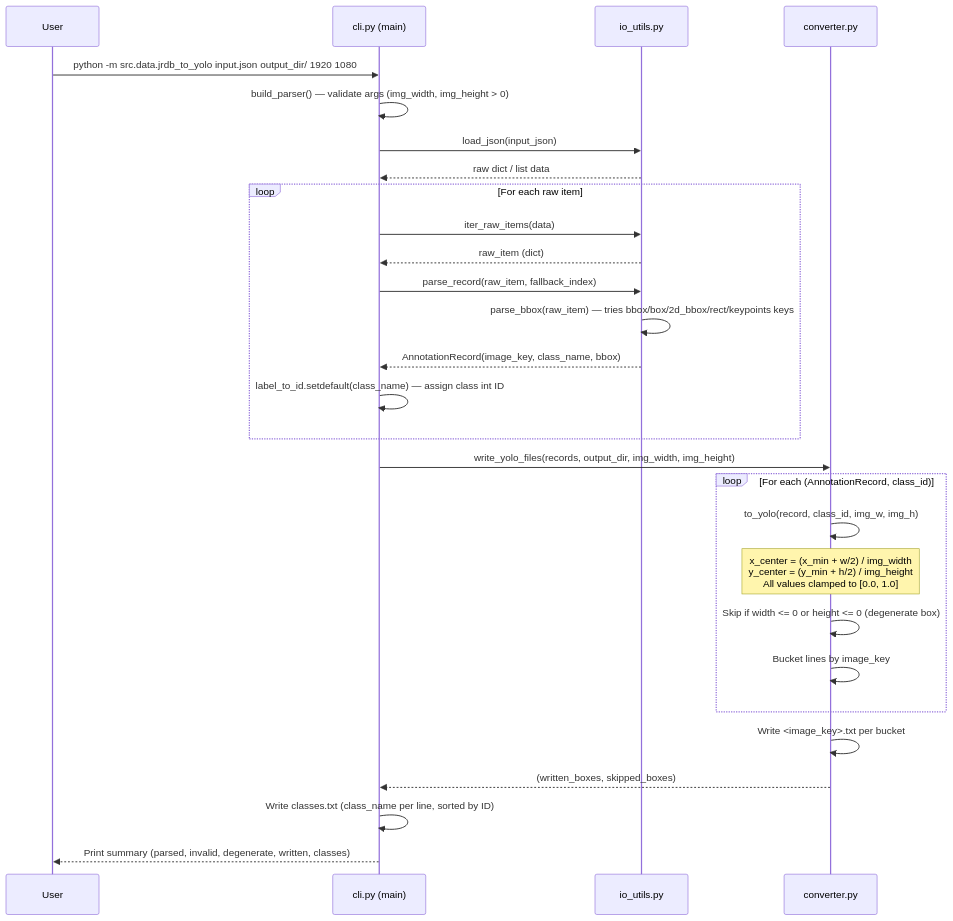
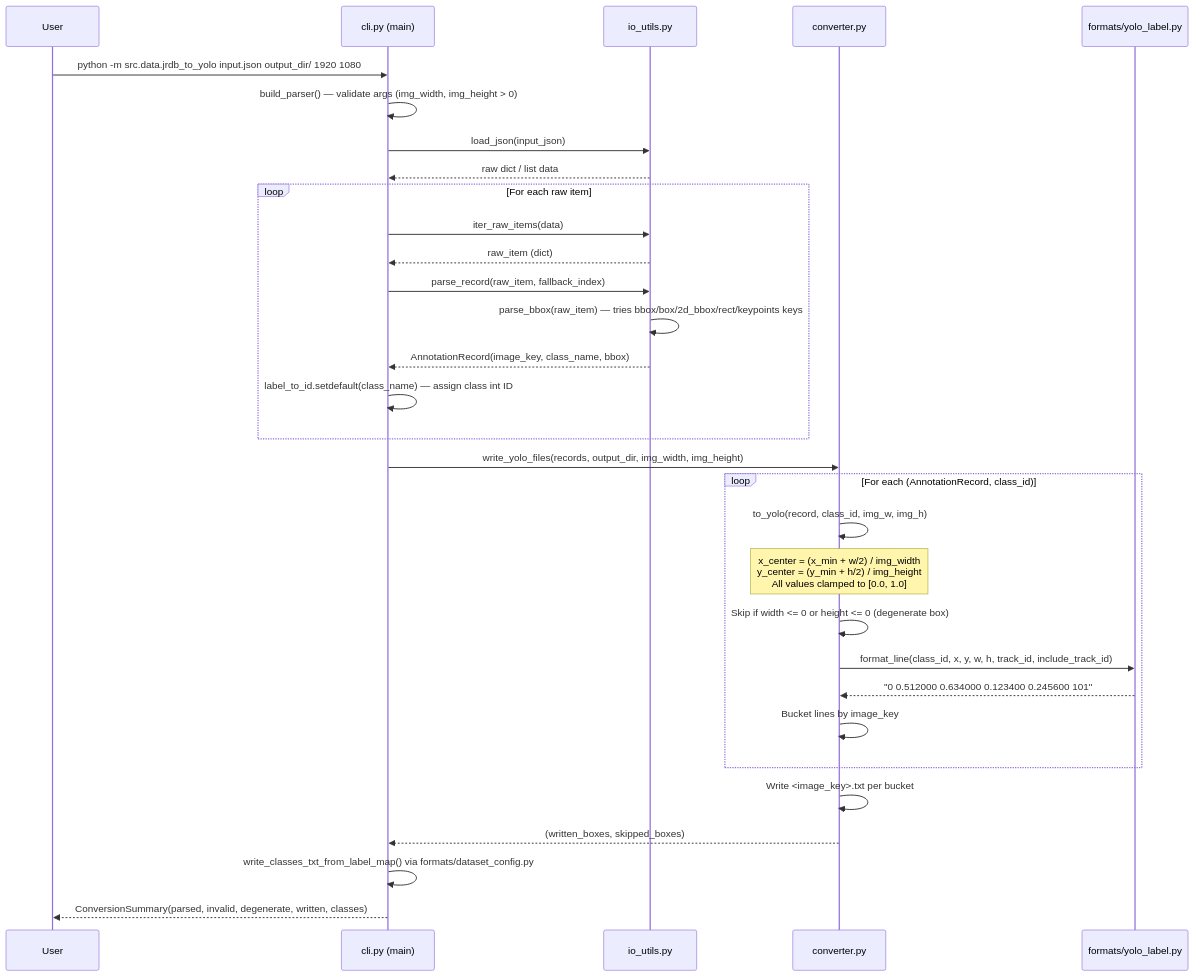
Before and after one commit to salieri009/DeepLearning42028UTS: the diagram in PROJECTS/CrowdNav/src/data/preprocessing/README.md, drawn with Mermaid. The commit also changed other lines of this file and 21 other files, not shown here.

````diff
--- a/PROJECTS/CrowdNav/src/data/preprocessing/README.md
+++ b/PROJECTS/CrowdNav/src/data/preprocessing/README.md
@@ -33,37 +38,40 @@
 ```mermaid
 sequenceDiagram
     participant User
     participant CLI as cli.py (main)
     participant IO  as io_utils.py
     participant CV  as converter.py
+    participant FMT as formats/yolo_label.py
 
     User->>CLI: python -m src.data.jrdb_to_yolo input.json output_dir/ 1920 1080
 
     CLI->>CLI: build_parser() — validate args (img_width, img_height > 0)
     CLI->>IO: load_json(input_json)
     IO-->>CLI: raw dict / list data
 
     loop For each raw item
         CLI->>IO: iter_raw_items(data)
         IO-->>CLI: raw_item (dict)
         CLI->>IO: parse_record(raw_item, fallback_index)
         IO->>IO: parse_bbox(raw_item) — tries bbox/box/2d_bbox/rect/keypoints keys
         IO-->>CLI: AnnotationRecord(image_key, class_name, bbox)
         CLI->>CLI: label_to_id.setdefault(class_name) — assign class int ID
     end
 
     CLI->>CV: write_yolo_files(records, output_dir, img_width, img_height)
 
     loop For each (AnnotationRecord, class_id)
         CV->>CV: to_yolo(record, class_id, img_w, img_h)
         Note over CV: x_center = (x_min + w/2) / img_width<br/>y_center = (y_min + h/2) / img_height<br/>All values clamped to [0.0, 1.0]
         CV->>CV: Skip if width <= 0 or height <= 0 (degenerate box)
+        CV->>FMT: format_line(class_id, x, y, w, h, track_id, include_track_id)
+        FMT-->>CV: "0 0.512000 0.634000 0.123400 0.245600 101"
         CV->>CV: Bucket lines by image_key
     end
 
     CV->>CV: Write <image_key>.txt per bucket
     CV-->>CLI: (written_boxes, skipped_boxes)
 
-    CLI->>CLI: Write classes.txt (class_name per line, sorted by ID)
-    CLI-->>User: Print summary (parsed, invalid, degenerate, written, classes)
+    CLI->>CLI: write_classes_txt_from_label_map() via formats/dataset_config.py
+    CLI-->>User: ConversionSummary(parsed, invalid, degenerate, written, classes)
 ```
````
